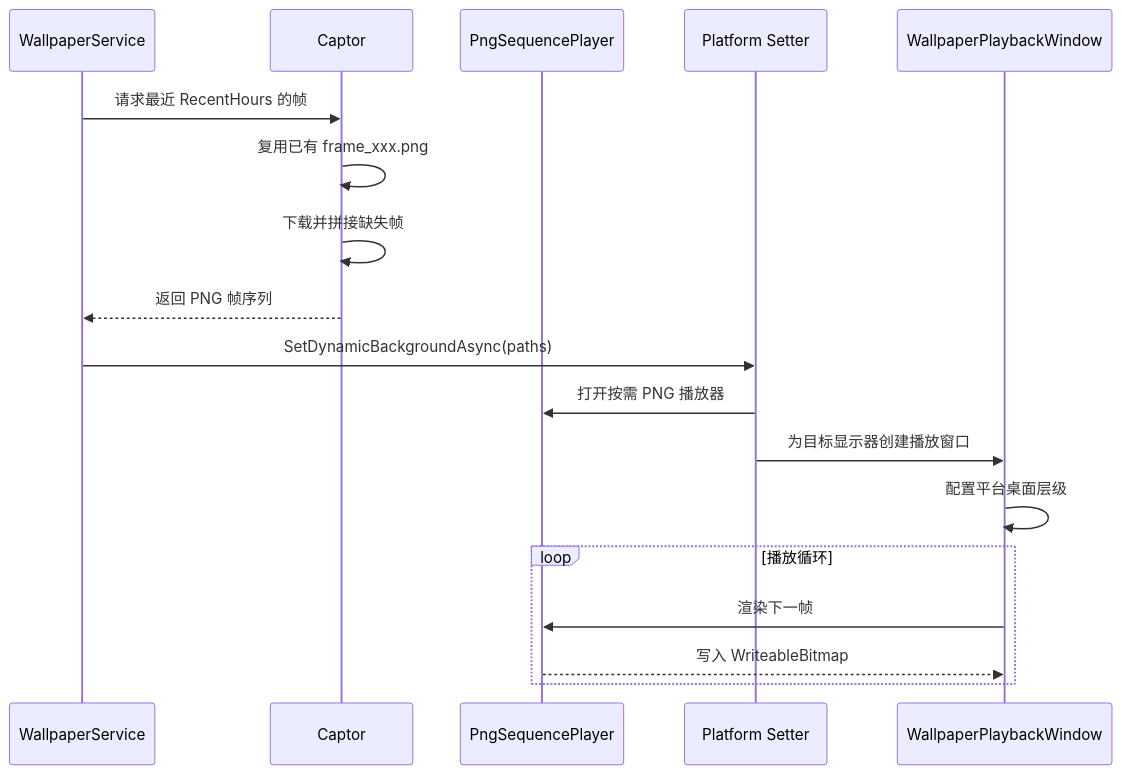
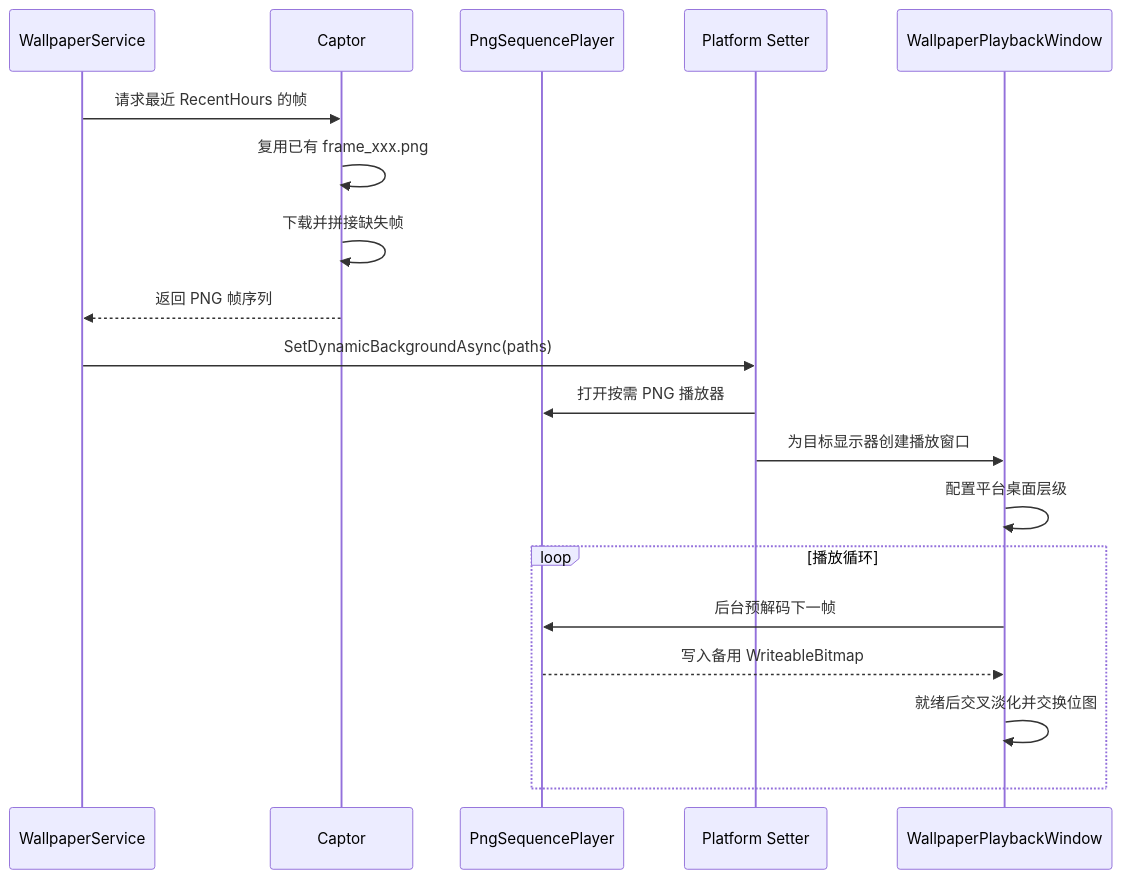
Before and after one commit to LGinC/EarthBackground: the second of 2 diagrams in README.md, drawn with Mermaid. The commit also changed other lines of this file and 11 other files, not shown here.

````diff
--- a/README.md
+++ b/README.md
@@ -96,21 +107,22 @@
 ```mermaid
 sequenceDiagram
     participant S as WallpaperService
     participant C as Captor
     participant P as PngSequencePlayer
     participant D as Platform Setter
     participant W as WallpaperPlaybackWindow
 
     S->>C: 请求最近 RecentHours 的帧
     C->>C: 复用已有 frame_xxx.png
     C->>C: 下载并拼接缺失帧
     C-->>S: 返回 PNG 帧序列
     S->>D: SetDynamicBackgroundAsync(paths)
     D->>P: 打开按需 PNG 播放器
     D->>W: 为目标显示器创建播放窗口
     W->>W: 配置平台桌面层级
     loop 播放循环
-        W->>P: 渲染下一帧
-        P-->>W: 写入 WriteableBitmap
+        W->>P: 后台预解码下一帧
+        P-->>W: 写入备用 WriteableBitmap
+        W->>W: 就绪后交叉淡化并交换位图
     end
 ```
````
